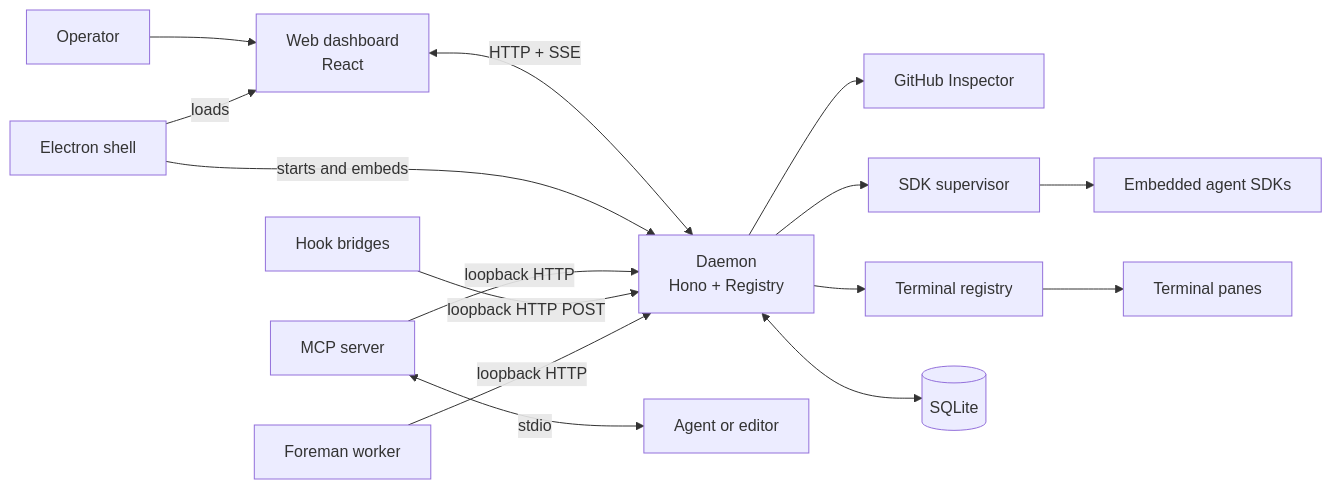
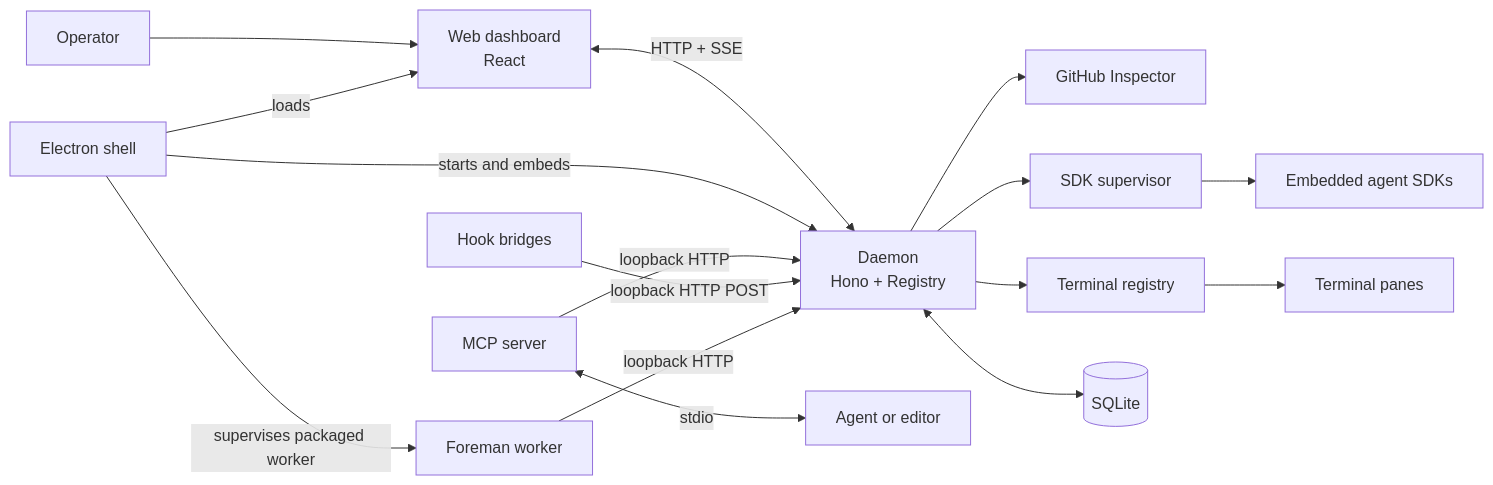
Before and after one commit to teamupstart/mission-control: the diagram in docs/architecture.md, drawn with Mermaid. The commit also changed other lines of this file and 21 other files, not shown here.

Commit message:
Supervise Foreman from packaged Electron

````diff
--- a/docs/architecture.md
+++ b/docs/architecture.md
@@ -8,17 +8,18 @@
 ```mermaid
 flowchart LR
   operator[Operator] --> dashboard[Web dashboard\nReact]
   dashboard <-->|HTTP + SSE| daemon[Daemon\nHono + Registry]
   electron[Electron shell] -->|starts and embeds| daemon
+  electron -->|supervises packaged worker| foreman
   electron -->|loads| dashboard
   mcp[MCP server] <-->|stdio| agent[Agent or editor]
   mcp -->|loopback HTTP| daemon
   hooks[Hook bridges] -->|loopback HTTP POST| daemon
   foreman[Foreman worker] -->|loopback HTTP| daemon
   daemon --> inspector[GitHub Inspector]
   daemon --> sdk[SDK supervisor]
   daemon --> terminal[Terminal registry]
   sdk --> agents[Embedded agent SDKs]
   terminal --> panes[Terminal panes]
   daemon <--> db[(SQLite)]
 ```
````
